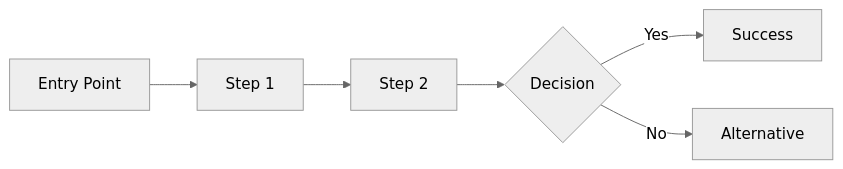
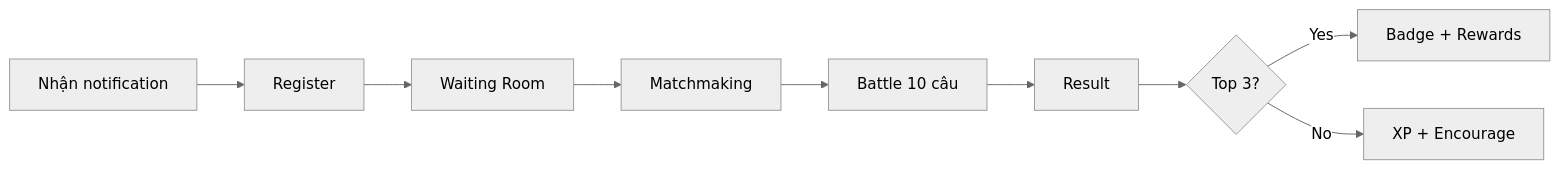
One commit to philongdanh/lms changed the second of 2 diagrams in docs/specs/00-business/research/journeys.md. Above: the diagram before and after it, drawn with Mermaid (neutral theme). The commit also changed other lines of this file and 5 other files, not shown here.

````diff
--- a/docs/specs/00-business/research/journeys.md
+++ b/docs/specs/00-business/research/journeys.md
@@ -32,8 +90,11 @@
 ```mermaid
 flowchart LR
-    A["Entry Point"] --> B["Step 1"]
-    B --> C["Step 2"]
-    C --> D{"Decision"}
-    D -->|"Yes"| E["Success"]
-    D -->|"No"| F["Alternative"]
+    A["Nhận notification"] --> B["Register"]
+    B --> C["Waiting Room"]
+    C --> D["Matchmaking"]
+    D --> E["Battle 10 câu"]
+    E --> F["Result"]
+    F --> G{"Top 3?"}
+    G -->|"Yes"| H["Badge + Rewards"]
+    G -->|"No"| I["XP + Encourage"]
 ```
````
